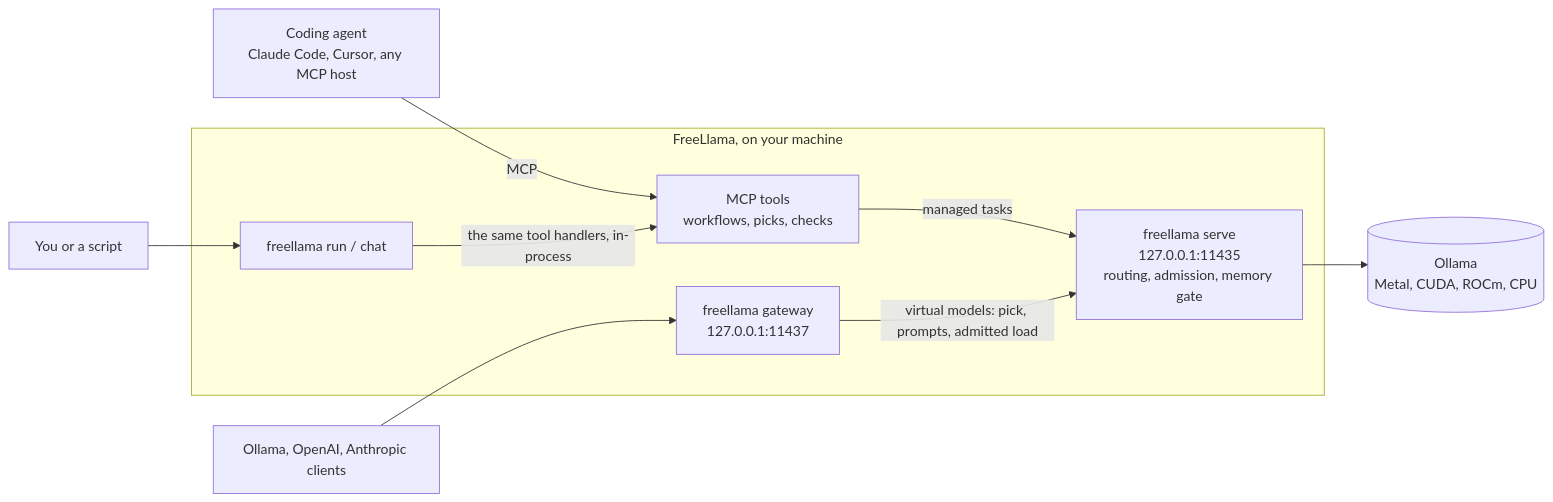
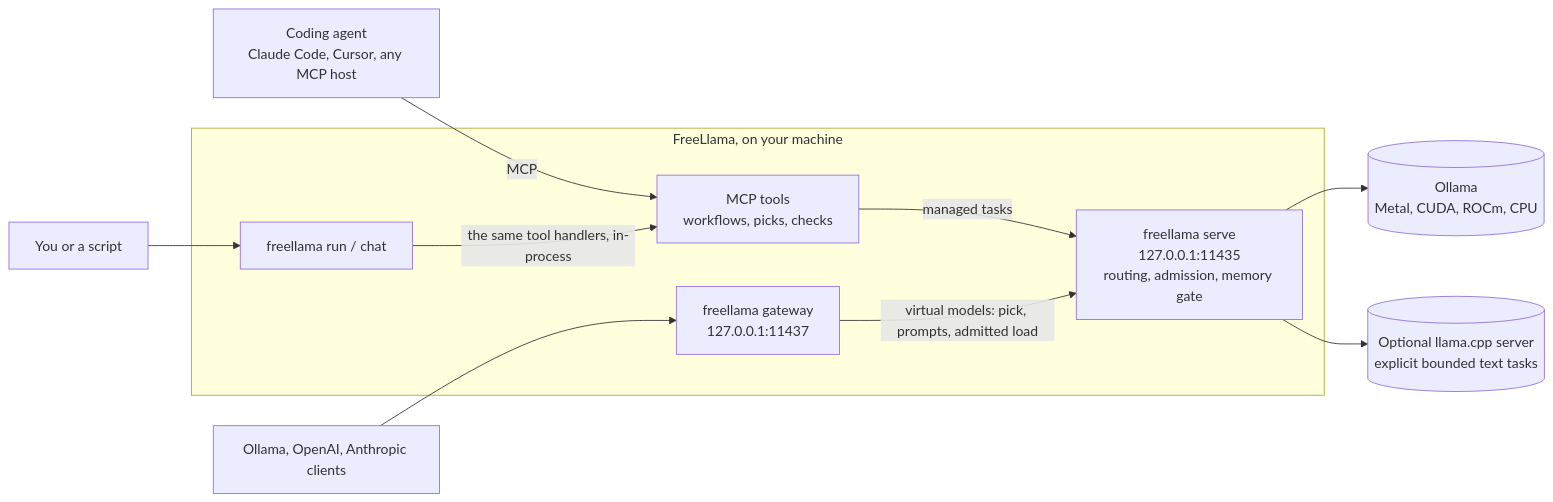
Before and after one commit to bgauryy/FreeLlama: the second of 5 diagrams in README.md, drawn with Mermaid. The commit also changed other lines of this file and 166 other files, not shown here.

````diff
--- a/README.md
+++ b/README.md
@@ -36,21 +41,23 @@
 ```mermaid
 flowchart LR
     agent["Coding agent<br/>Claude Code, Cursor, any MCP host"]
     you["You or a script"]
     client["Ollama, OpenAI, Anthropic clients"]
     subgraph fl["FreeLlama, on your machine"]
         mcp["MCP tools<br/>workflows, picks, checks"]
         cli["freellama run / chat"]
         gw["freellama gateway<br/>127.0.0.1:11437"]
         serve["freellama serve<br/>127.0.0.1:11435<br/>routing, admission, memory gate"]
     end
     ollama[("Ollama<br/>Metal, CUDA, ROCm, CPU")]
+    cpp[("Optional llama.cpp server<br/>explicit bounded text tasks")]
 
     agent -->|"MCP"| mcp
     you --> cli
     cli -->|"the same tool handlers, in-process"| mcp
     client --> gw
     mcp -->|"managed tasks"| serve
     gw -->|"virtual models: pick, prompts, admitted load"| serve
     serve --> ollama
+    serve --> cpp
 ```
````
